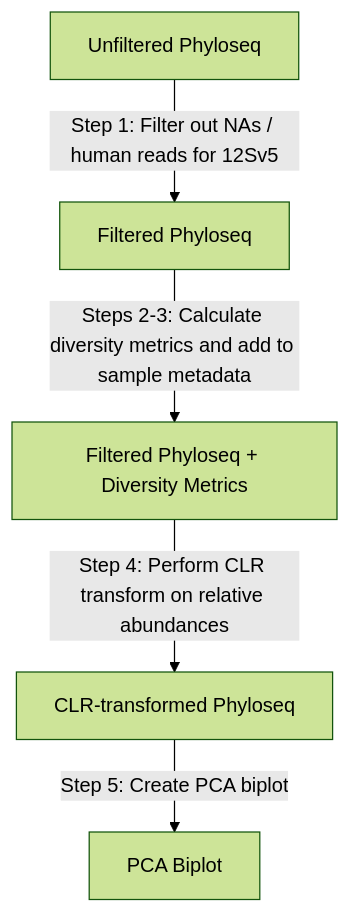
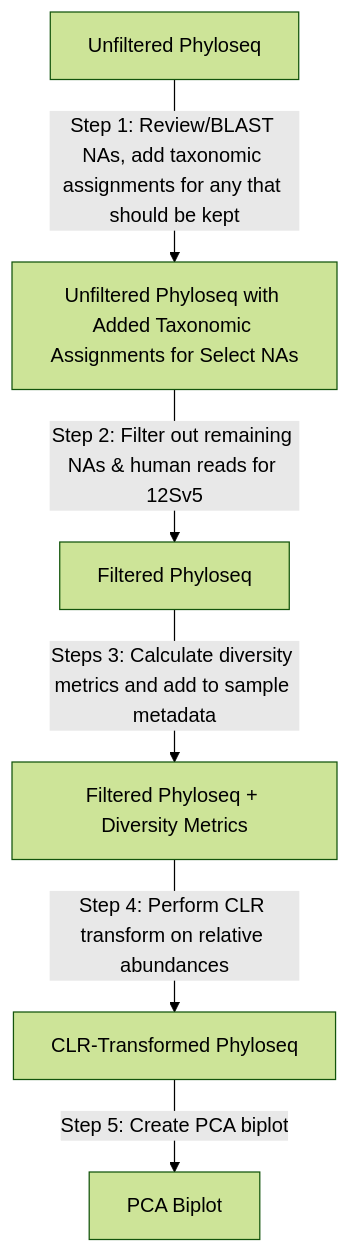
One commit to LAD-LAB/lad-lab.github.io changed the diagram in docs/processing.md. Above: the diagram before and after it, drawn with Mermaid (forest theme).

Commit message:
update overview mermaid diagram with BLAST step

````diff
--- a/docs/processing.md
+++ b/docs/processing.md
@@ -5,7 +5,8 @@
 ``` mermaid
 graph TD
-    A[Unfiltered Phyloseq] -->|Step 1: Filter out NAs / human reads for 12Sv5| B[Filtered Phyloseq]
-    B -->|Steps 2-3: Calculate diversity metrics and add to sample metadata| C[Filtered Phyloseq + Diversity Metrics]
-    C -->|Step 4: Perform CLR transform on relative abundances| D[CLR-transformed Phyloseq]
-    D -->|Step 5: Create PCA biplot| E[PCA Biplot]
+    A[Unfiltered Phyloseq] -->|Step 1: Review/BLAST NAs, add taxonomic assignments for any that should be kept| B[Unfiltered Phyloseq with Added Taxonomic Assignments for Select NAs]
+    B -->|Step 2: Filter out remaining NAs & human reads for 12Sv5| C[Filtered Phyloseq]
+    C -->|Steps 3: Calculate diversity metrics and add to sample metadata| D[Filtered Phyloseq + Diversity Metrics]
+    D -->|Step 4: Perform CLR transform on relative abundances| E[CLR-Transformed Phyloseq]
+    E -->|Step 5: Create PCA biplot| F[PCA Biplot]
 ```
````
